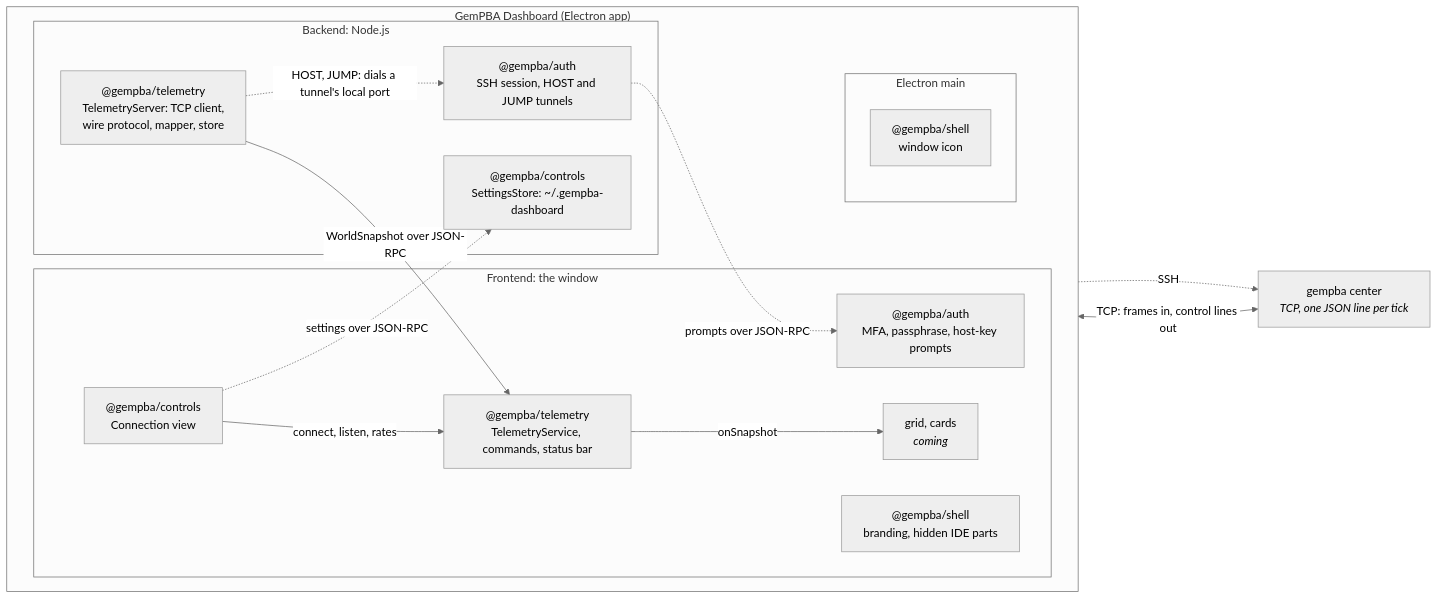
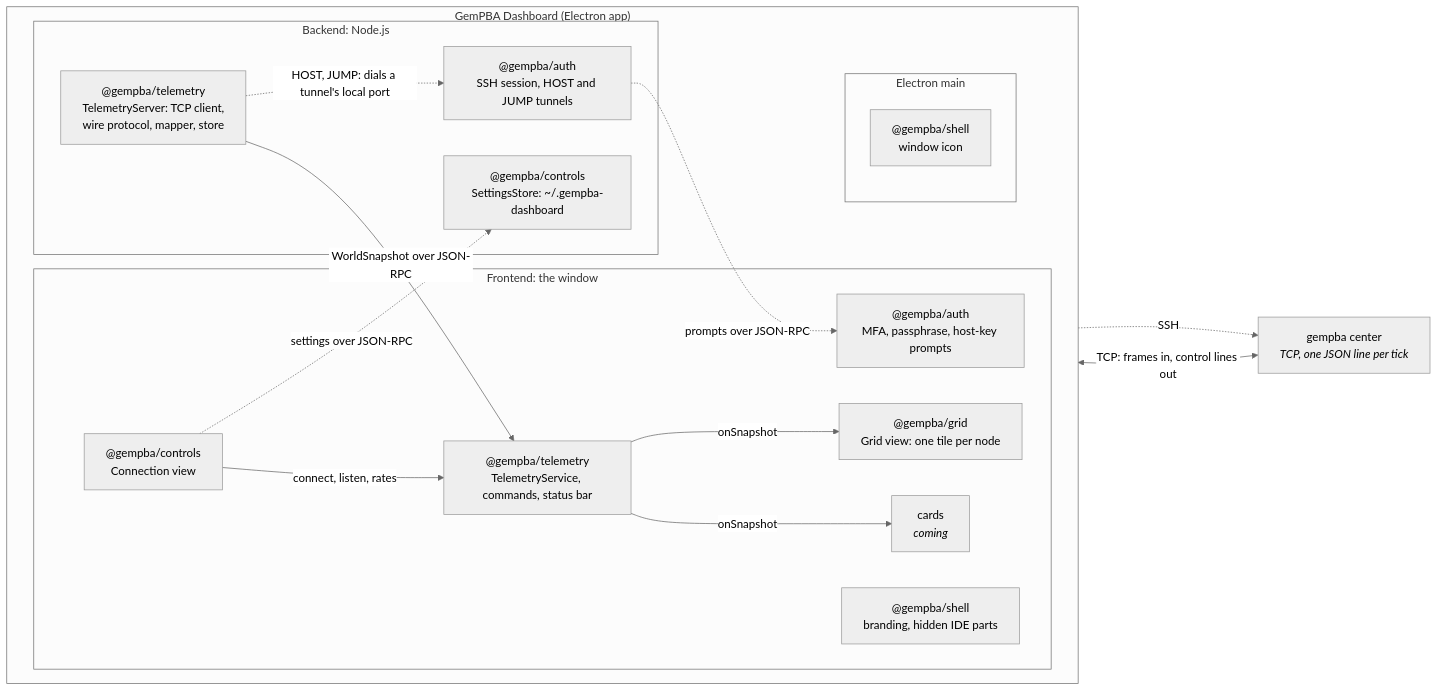
Before and after one commit to rapastranac/gempba-dashboard: the first of 3 diagrams in ARCHITECTURE.md, drawn with Mermaid (neutral theme). The commit also changed other lines of this file, not shown here.

First line of the commit message:
#28 Document the UI kit and the grid in ARCHITECTURE.md

````diff
--- a/ARCHITECTURE.md
+++ b/ARCHITECTURE.md
@@ -33,30 +33,32 @@
 ```mermaid
 flowchart LR
     gempba["gempba center<br/><i>TCP, one JSON line per tick</i>"]
     subgraph app["GemPBA Dashboard (Electron app)"]
         direction LR
         subgraph backend["Backend: Node.js"]
             telemetry["@gempba/telemetry<br/>TelemetryServer: TCP client,<br/>wire protocol, mapper, store"]
             authNode["@gempba/auth<br/>SSH session, HOST and JUMP tunnels"]
             settingsNode["@gempba/controls<br/>SettingsStore: ~/.gempba-dashboard"]
         end
         subgraph frontend["Frontend: the window"]
             service["@gempba/telemetry<br/>TelemetryService, commands, status bar"]
             authUi["@gempba/auth<br/>MFA, passphrase, host-key prompts"]
             controlsUi["@gempba/controls<br/>Connection view"]
             shellUi["@gempba/shell<br/>branding, hidden IDE parts"]
-            views["grid, cards<br/><i>coming</i>"]
+            gridUi["@gempba/grid<br/>Grid view: one tile per node"]
+            views["cards<br/><i>coming</i>"]
         end
         subgraph main["Electron main"]
             shellMain["@gempba/shell<br/>window icon"]
         end
     end
     gempba <-->|"TCP: frames in, control lines out"| telemetry
     telemetry -.->|"HOST, JUMP: dials a tunnel's local port"| authNode
     authNode -.->|SSH| gempba
     authNode -.->|"prompts over JSON-RPC"| authUi
     telemetry -->|"WorldSnapshot over JSON-RPC"| service
+    service -->|onSnapshot| gridUi
     service -->|onSnapshot| views
     controlsUi -->|"connect, listen, rates"| service
     controlsUi -.->|"settings over JSON-RPC"| settingsNode
 ```
````
